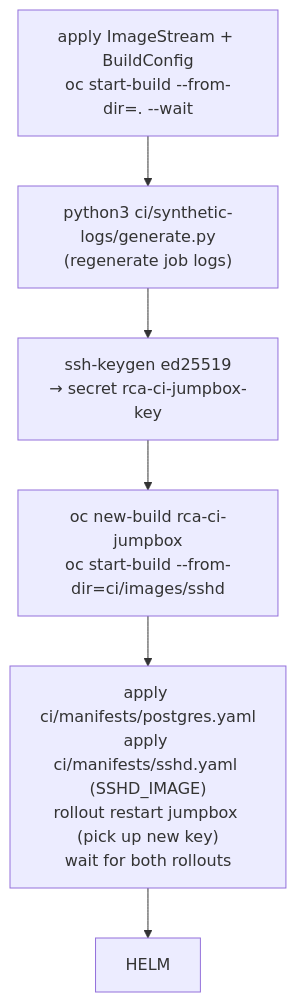
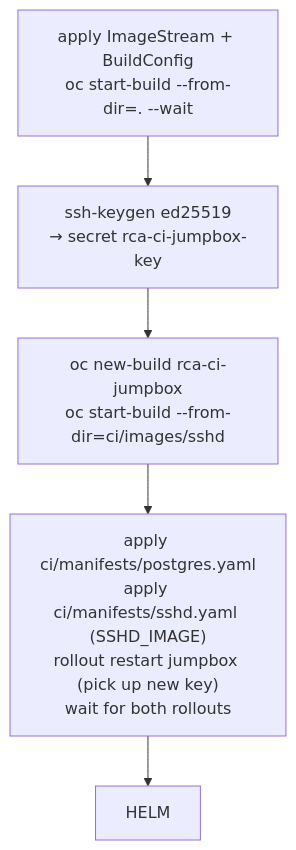
One commit to rhpds/aap2-rca-agent changed the fourth of 7 diagrams in docs/ci-flow.md. Above: the diagram before and after it, drawn with Mermaid. The commit also changed other lines of this file and 10 other files, not shown here.

````diff
--- a/docs/ci-flow.md
+++ b/docs/ci-flow.md
@@ -73,11 +75,11 @@
 ```mermaid
 flowchart TD
     BUILD["apply ImageStream + BuildConfig<br/>oc start-build --from-dir=. --wait"]
 
-    BUILD --> GEN["python3 ci/synthetic-logs/generate.py<br/>(regenerate job logs)"] --> KEY["ssh-keygen ed25519<br/>→ secret rca-ci-jumpbox-key"]
+    BUILD --> KEY["ssh-keygen ed25519<br/>→ secret rca-ci-jumpbox-key"]
 
     KEY --> SB1["oc new-build rca-ci-jumpbox<br/>oc start-build --from-dir=ci/images/sshd"]
 
     SB1 --> INFRA["apply ci/manifests/postgres.yaml<br/>apply ci/manifests/sshd.yaml (SSHD_IMAGE)<br/>rollout restart jumpbox (pick up new key)<br/>wait for both rollouts"]
     INFRA --> HELM
 ```
````
